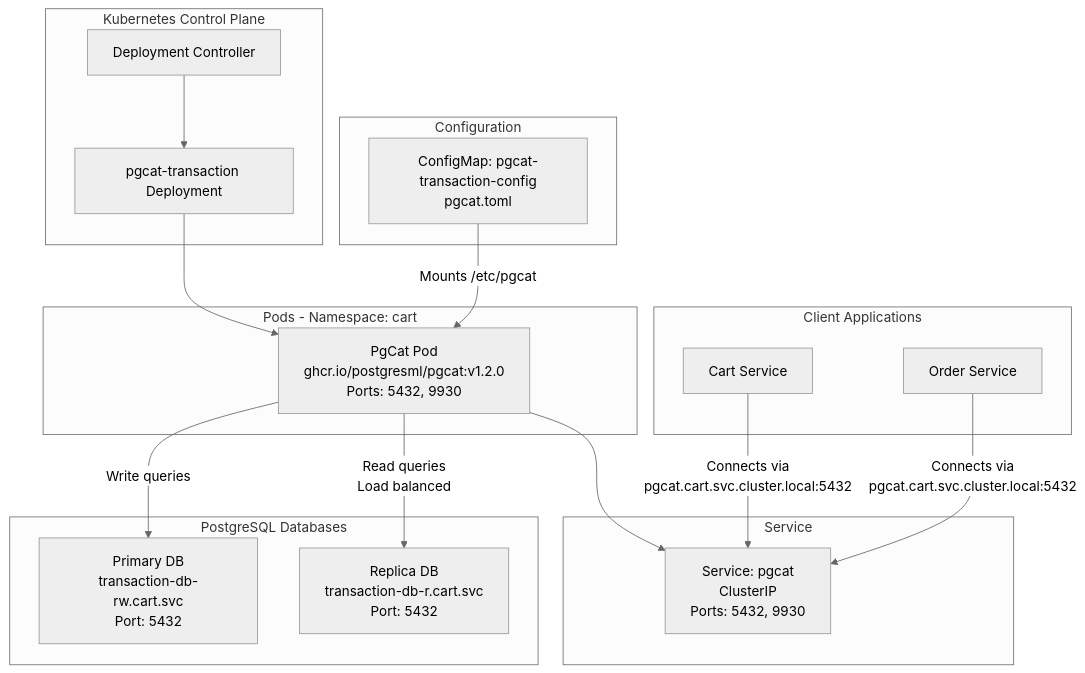
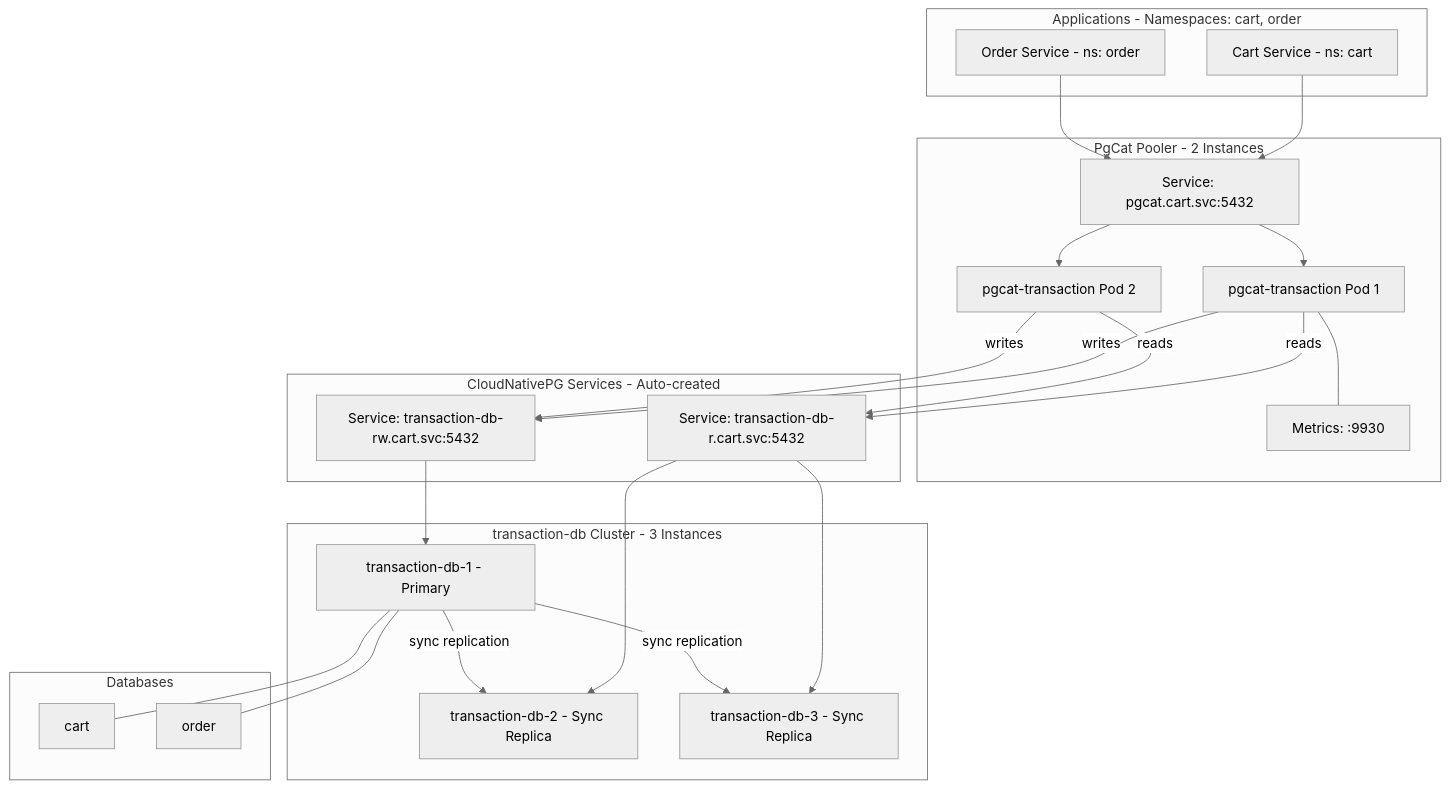
Before and after one commit to duynhlab/homelab: the fifth of 6 diagrams in kubernetes/infra/configs/databases/clusters/README.md, drawn with Mermaid (neutral theme). The commit also changed other lines of this file and 8 other files, not shown here.

````diff
--- a/kubernetes/infra/configs/databases/clusters/README.md
+++ b/kubernetes/infra/configs/databases/clusters/README.md
@@ -119,38 +367,47 @@
 ```mermaid
 flowchart TD
-    subgraph K8sControlPlane[Kubernetes Control Plane]
-        DeploymentController[Deployment Controller]
-        PgCatDeployment[pgcat-transaction Deployment]
+    subgraph Apps["Applications - Namespaces: cart, order"]
+        CartService["Cart Service - ns: cart"]
+        OrderService["Order Service - ns: order"]
     end
-    
-    subgraph ConfigLayer[Configuration]
-        ConfigMap[ConfigMap: pgcat-transaction-config<br/>pgcat.toml]
+
+    subgraph Pooler["PgCat Pooler - 2 Instances"]
+        PgCat1["pgcat-transaction Pod 1"]
+        PgCat2["pgcat-transaction Pod 2"]
+        PgCatSvc["Service: pgcat.cart.svc:5432"]
+        PgCatMetrics["Metrics: :9930"]
     end
-    
-    subgraph PodLayer[Pods - Namespace: cart]
-        PgCatPod[PgCat Pod<br/>ghcr.io/postgresml/pgcat:v1.2.0<br/>Ports: 5432, 9930]
+
+    subgraph CNPGSvc["CloudNativePG Services - Auto-created"]
+        RWSvc["Service: transaction-db-rw.cart.svc:5432"]
+        RSvc["Service: transaction-db-r.cart.svc:5432"]
     end
-    
-    subgraph ServiceLayer[Service]
-        PgCatService[Service: pgcat<br/>ClusterIP<br/>Ports: 5432, 9930]
+
+    subgraph Cluster["transaction-db Cluster - 3 Instances"]
+        Primary["transaction-db-1 - Primary"]
+        Replica1["transaction-db-2 - Sync Replica"]
+        Replica2["transaction-db-3 - Sync Replica"]
     end
-    
-    subgraph DatabaseLayer[PostgreSQL Databases]
-        PrimaryDB[Primary DB<br/>transaction-db-rw.cart.svc<br/>Port: 5432]
-        ReplicaDB[Replica DB<br/>transaction-db-r.cart.svc<br/>Port: 5432]
+
+    subgraph Databases["Databases"]
+        CartDB["cart"]
+        OrderDB["order"]
     end
-    
-    subgraph ClientLayer[Client Applications]
-        CartService[Cart Service]
-        OrderService[Order Service]
-    end
-    
-    DeploymentController --> PgCatDeployment
-    PgCatDeployment --> PgCatPod
-    ConfigMap -->|Mounts /etc/pgcat| PgCatPod
-    PgCatPod --> PgCatService
-    PgCatPod -->|Write queries| PrimaryDB
-    PgCatPod -->|Read queries<br/>Load balanced| ReplicaDB
-    CartService -->|Connects via<br/>pgcat.cart.svc.cluster.local:5432| PgCatService
-    OrderService -->|Connects via<br/>pgcat.cart.svc.cluster.local:5432| PgCatService
+
+    CartService --> PgCatSvc
+    OrderService --> PgCatSvc
+    PgCatSvc --> PgCat1
+    PgCatSvc --> PgCat2
+    PgCat1 -->|"writes"| RWSvc
+    PgCat1 -->|"reads"| RSvc
+    PgCat2 -->|"writes"| RWSvc
+    PgCat2 -->|"reads"| RSvc
+    RWSvc --> Primary
+    RSvc --> Replica1
+    RSvc --> Replica2
+    Primary -->|"sync replication"| Replica1
+    Primary -->|"sync replication"| Replica2
+    Primary --- CartDB
+    Primary --- OrderDB
+    PgCat1 --- PgCatMetrics
 ```
````
